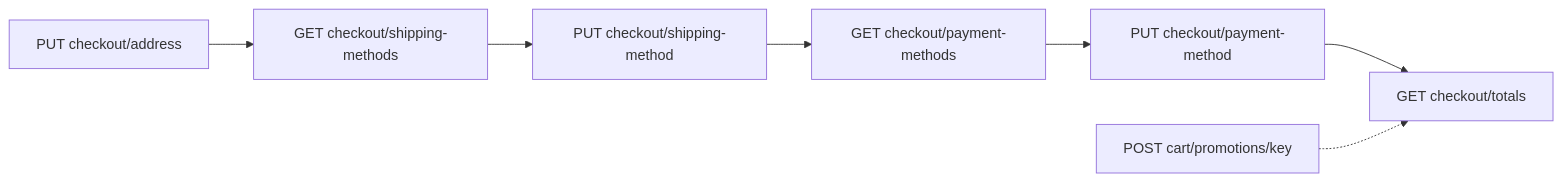
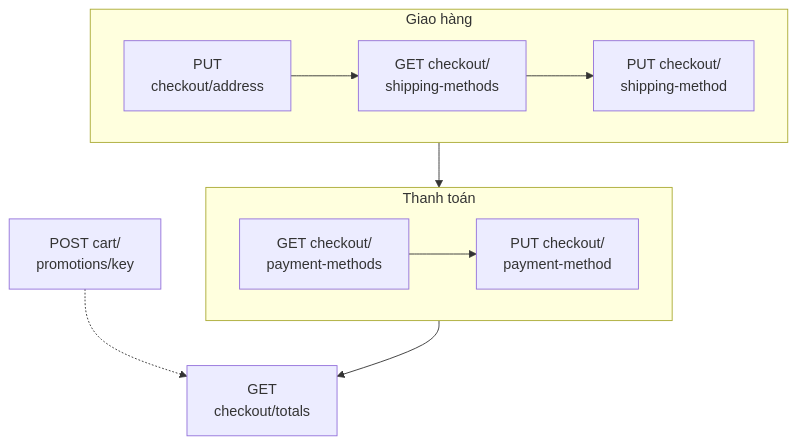
One commit to gp247net/gp247-docs changed the third of 5 diagrams in api/api-storefront_vi.md. Above: the diagram before and after it, drawn with Mermaid. The commit also changed other lines of this file and 44 other files, not shown here.

First line of the commit message:
docs: redraw oversized diagrams in security, API and MCP docs (vi/en/ja)

````diff
--- a/api/api-storefront_vi.md
+++ b/api/api-storefront_vi.md
@@ -210,9 +200,13 @@
 ```mermaid
-flowchart LR
-  A[PUT checkout/address] --> B[GET checkout/shipping-methods]
-  B --> C[PUT checkout/shipping-method]
-  C --> D[GET checkout/payment-methods]
-  D --> E[PUT checkout/payment-method]
-  E --> F[GET checkout/totals]
-  P[POST cart/promotions/key] -.-> F
+flowchart TB
+  subgraph SHIP["Giao hàng"]
+    direction LR
+    A[PUT<br/>checkout/address] --> B[GET checkout/<br/>shipping-methods] --> C[PUT checkout/<br/>shipping-method]
+  end
+  subgraph PAY["Thanh toán"]
+    direction LR
+    D[GET checkout/<br/>payment-methods] --> E[PUT checkout/<br/>payment-method]
+  end
+  SHIP --> PAY --> F[GET<br/>checkout/totals]
+  P[POST cart/<br/>promotions/key] -.-> F
 ```
````
